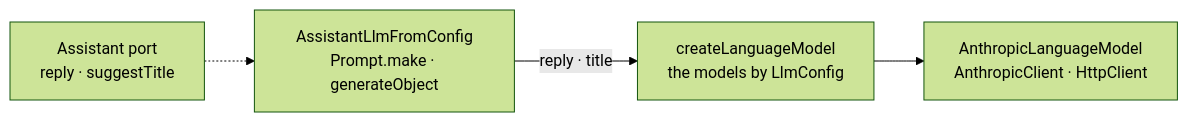
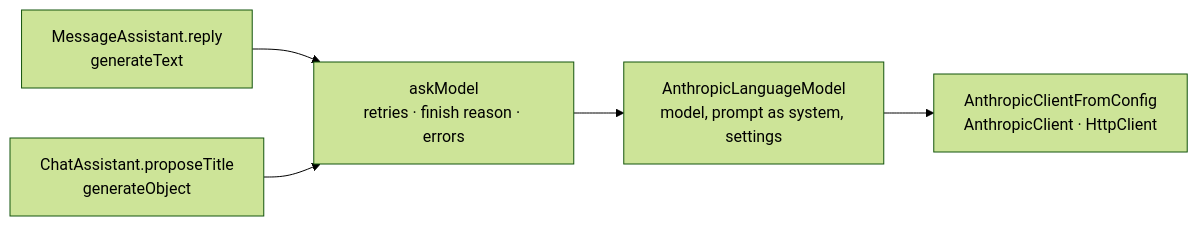
The diagram in docs/knowledge/ai.md (khotei/app-template), drawn with Mermaid (forest theme) before and after one commit. The commit also changed other lines of this file and 3427 other files, not shown here.

````diff
--- a/docs/knowledge/ai.md
+++ b/docs/knowledge/ai.md
@@ -19,6 +22,7 @@
 ```mermaid
 graph LR
-  P["Assistant port<br/>reply · suggestTitle"] -.-> L["AssistantLlmFromConfig<br/>Prompt.make · generateObject"]
-  L -->|"reply · title"| K["createLanguageModel<br/>the models by LlmConfig"]
-  K --> A["AnthropicLanguageModel<br/>AnthropicClient · HttpClient"]
+  M["MessageAssistant.reply<br/>generateText"] --> R["askModel<br/>retries · finish reason · errors"]
+  T["ChatAssistant.proposeTitle<br/>generateObject"] --> R
+  R --> A["AnthropicLanguageModel<br/>model, prompt as system, settings"]
+  A --> K["AnthropicClientFromConfig<br/>AnthropicClient · HttpClient"]
 ```
````
